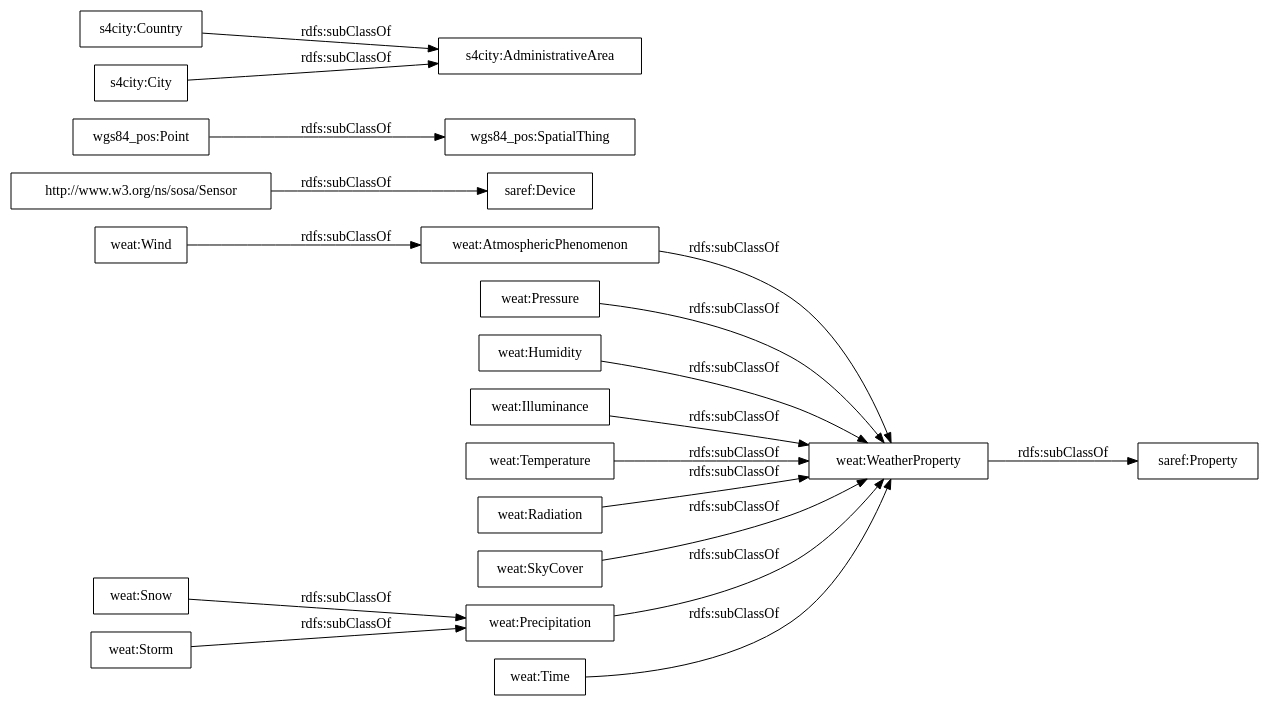
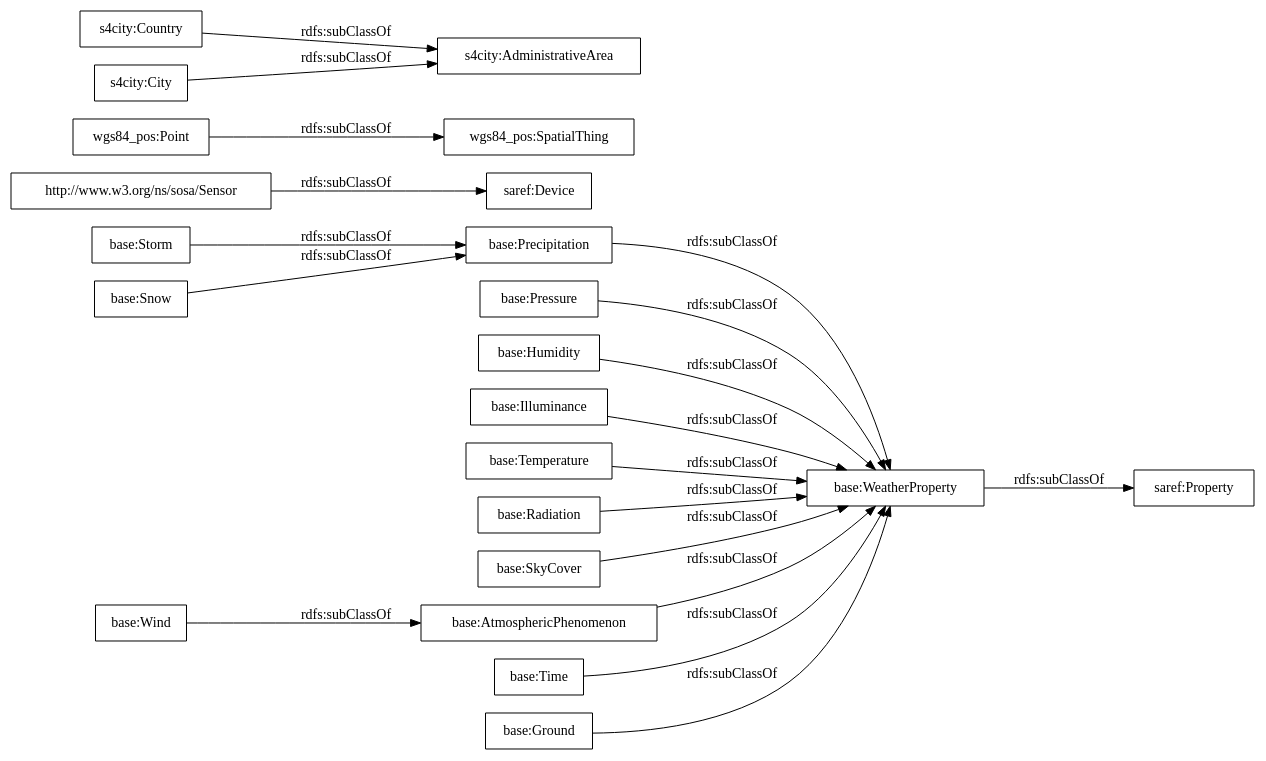
The diagram in OnToology/Ontology/ontology.owl/diagrams/ar2dtool-taxonomy/ontology.owl.png.dot (oeg-upm/bimerr-weather), drawn with Graphviz before and after one commit. The commit also changed 70 other files, not shown here.

```diff
--- a/OnToology/Ontology/ontology.owl/diagrams/ar2dtool-taxonomy/ontology.owl.png.dot
+++ b/OnToology/Ontology/ontology.owl/diagrams/ar2dtool-taxonomy/ontology.owl.png.dot
@@ -1,23 +1,24 @@
 digraph ar2dtool_diagram { 
 rankdir=LR;
 size="1000"
-node [shape = rectangle, color="black"]; "weat:Snow" "weat:Pressure" "weat:Humidity" "saref:Device" "weat:Illuminance" "weat:Temperature" "weat:WeatherProperty" "weat:Radiation" "weat:SkyCover" "wgs84_pos:SpatialThing" "weat:AtmosphericPhenomenon" "s4city:Country" "s4city:AdministrativeArea" "weat:Storm" "weat:Time" "http://www.w3.org/ns/sosa/Sensor" "saref:Property" "s4city:City" "wgs84_pos:Point" "weat:Wind" "weat:Precipitation" ; /*classes style*/
-	"weat:WeatherProperty" -> "saref:Property" [ label = "rdfs:subClassOf" ];
-	"weat:Illuminance" -> "weat:WeatherProperty" [ label = "rdfs:subClassOf" ];
-	"weat:SkyCover" -> "weat:WeatherProperty" [ label = "rdfs:subClassOf" ];
-	"weat:Time" -> "weat:WeatherProperty" [ label = "rdfs:subClassOf" ];
-	"weat:Radiation" -> "weat:WeatherProperty" [ label = "rdfs:subClassOf" ];
-	"weat:Wind" -> "weat:AtmosphericPhenomenon" [ label = "rdfs:subClassOf" ];
-	"weat:Pressure" -> "weat:WeatherProperty" [ label = "rdfs:subClassOf" ];
+node [shape = rectangle, color="black"]; "base:Snow" "base:Pressure" "base:Humidity" "saref:Device" "base:Illuminance" "base:Temperature" "base:WeatherProperty" "base:Radiation" "base:SkyCover" "wgs84_pos:SpatialThing" "base:AtmosphericPhenomenon" "s4city:Country" "s4city:AdministrativeArea" "base:Storm" "base:Time" "base:Ground" "http://www.w3.org/ns/sosa/Sensor" "saref:Property" "s4city:City" "wgs84_pos:Point" "base:Wind" "base:Precipitation" ; /*classes style*/
+	"base:WeatherProperty" -> "saref:Property" [ label = "rdfs:subClassOf" ];
+	"base:Illuminance" -> "base:WeatherProperty" [ label = "rdfs:subClassOf" ];
+	"base:SkyCover" -> "base:WeatherProperty" [ label = "rdfs:subClassOf" ];
+	"base:Time" -> "base:WeatherProperty" [ label = "rdfs:subClassOf" ];
+	"base:Radiation" -> "base:WeatherProperty" [ label = "rdfs:subClassOf" ];
+	"base:Wind" -> "base:AtmosphericPhenomenon" [ label = "rdfs:subClassOf" ];
+	"base:Pressure" -> "base:WeatherProperty" [ label = "rdfs:subClassOf" ];
 	"wgs84_pos:Point" -> "wgs84_pos:SpatialThing" [ label = "rdfs:subClassOf" ];
 	"s4city:City" -> "s4city:AdministrativeArea" [ label = "rdfs:subClassOf" ];
-	"weat:Temperature" -> "weat:WeatherProperty" [ label = "rdfs:subClassOf" ];
-	"weat:Snow" -> "weat:Precipitation" [ label = "rdfs:subClassOf" ];
-	"weat:Precipitation" -> "weat:WeatherProperty" [ label = "rdfs:subClassOf" ];
+	"base:Temperature" -> "base:WeatherProperty" [ label = "rdfs:subClassOf" ];
+	"base:Snow" -> "base:Precipitation" [ label = "rdfs:subClassOf" ];
+	"base:Precipitation" -> "base:WeatherProperty" [ label = "rdfs:subClassOf" ];
+	"base:Ground" -> "base:WeatherProperty" [ label = "rdfs:subClassOf" ];
 	"http://www.w3.org/ns/sosa/Sensor" -> "saref:Device" [ label = "rdfs:subClassOf" ];
-	"weat:AtmosphericPhenomenon" -> "weat:WeatherProperty" [ label = "rdfs:subClassOf" ];
-	"weat:Storm" -> "weat:Precipitation" [ label = "rdfs:subClassOf" ];
-	"weat:Humidity" -> "weat:WeatherProperty" [ label = "rdfs:subClassOf" ];
+	"base:AtmosphericPhenomenon" -> "base:WeatherProperty" [ label = "rdfs:subClassOf" ];
+	"base:Storm" -> "base:Precipitation" [ label = "rdfs:subClassOf" ];
+	"base:Humidity" -> "base:WeatherProperty" [ label = "rdfs:subClassOf" ];
 	"s4city:Country" -> "s4city:AdministrativeArea" [ label = "rdfs:subClassOf" ];
 
 }
```
